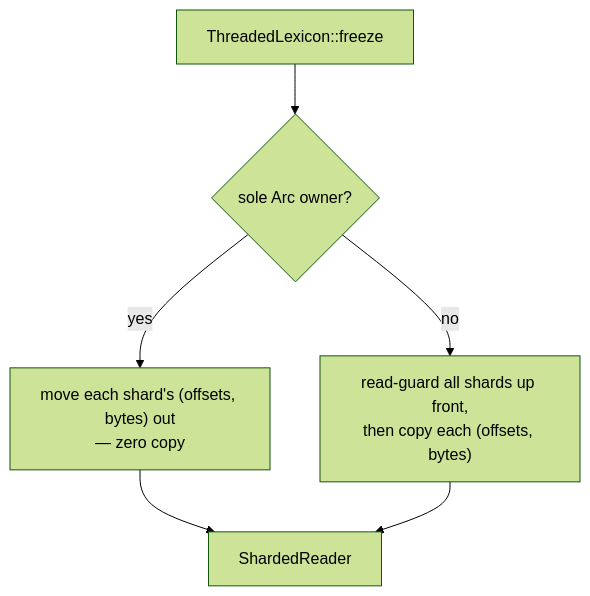
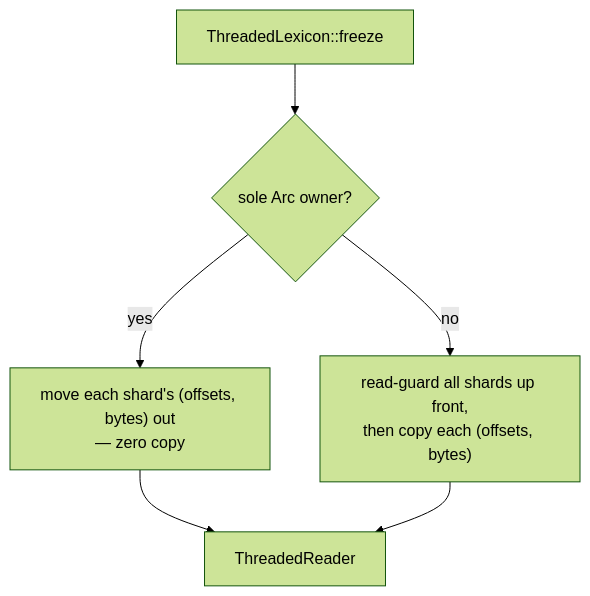
The seventh of 7 diagrams in crates/internity/docs/DESIGN.md (microsoft/oxidizer), drawn with Mermaid (forest theme) before and after one commit. The commit also changed other lines of this file and 14 other files, not shown here.

````diff
--- a/crates/internity/docs/DESIGN.md
+++ b/crates/internity/docs/DESIGN.md
@@ -259,8 +262,8 @@
 ```mermaid
 flowchart TB
     F["ThreadedLexicon::freeze"] --> TRY{"sole Arc owner?"}
     TRY -- yes --> MOVE["move each shard's (offsets, bytes) out<br/>— zero copy"]
     TRY -- no --> COPY["read-guard all shards up front,<br/>then copy each (offsets, bytes)"]
-    MOVE --> SRr["ShardedReader"]
+    MOVE --> SRr["ThreadedReader"]
     COPY --> SRr
 ```
````
